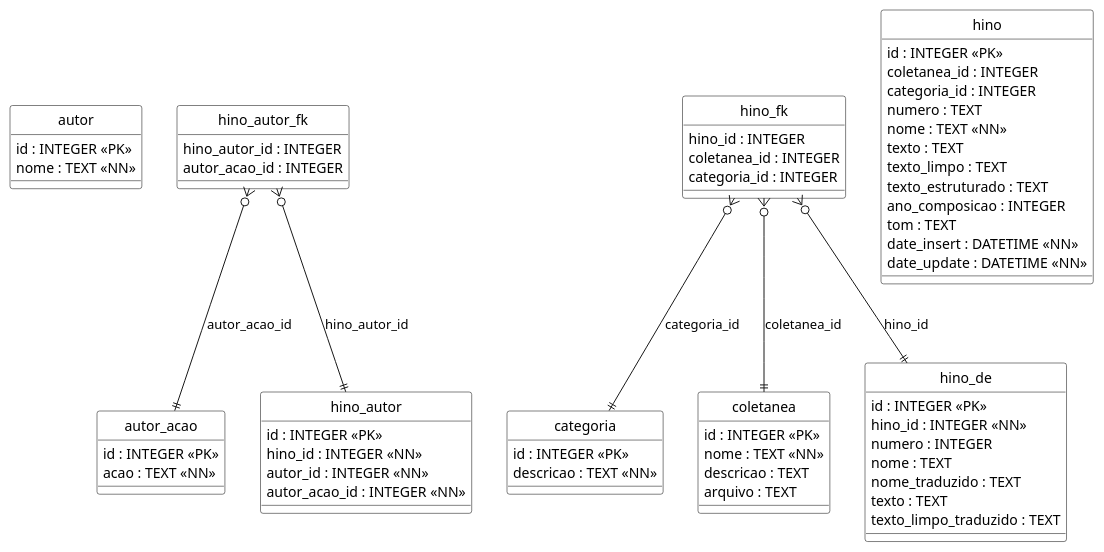
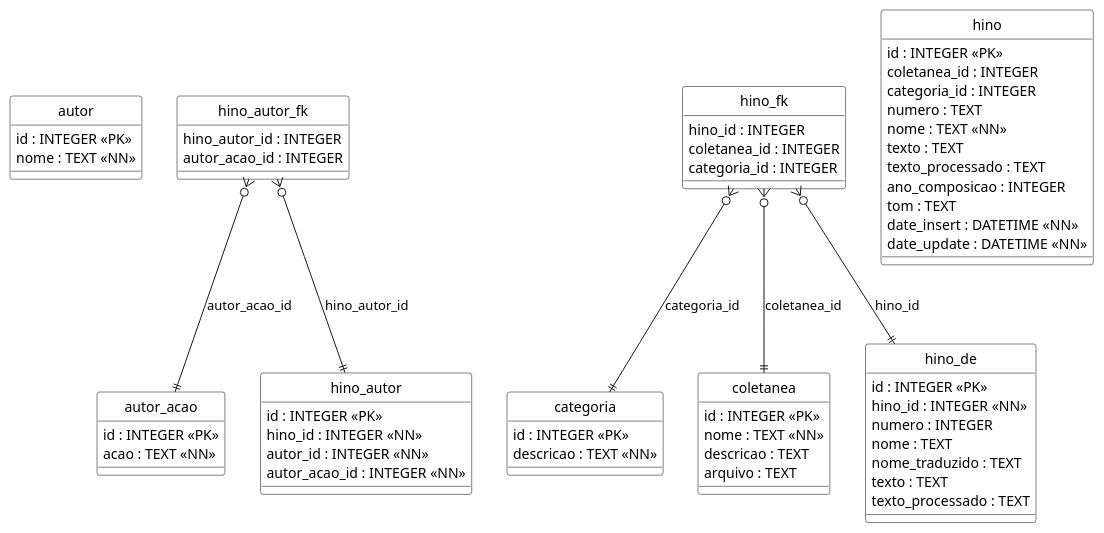
The diagram in database/schema/db-schema.puml (evaristocosta/hinos-db), drawn with PlantUML before and after one commit. The commit also changed 5 other files, not shown here.

Commit message:
update de schema e documentacao

```diff
--- a/database/schema/db-schema.puml
+++ b/database/schema/db-schema.puml
@@ -1,79 +1,78 @@
 @startuml db-schema
 hide circle
 skinparam class {
   BackgroundColor White
   BorderColor Black
 }
 
 class autor {
   id : INTEGER <<PK>>
   nome : TEXT <<NN>>
 }
 
 class autor_acao {
   id : INTEGER <<PK>>
   acao : TEXT <<NN>>
 }
 
 class categoria {
   id : INTEGER <<PK>>
   descricao : TEXT <<NN>>
 }
 
 class coletanea {
   id : INTEGER <<PK>>
   nome : TEXT <<NN>>
   descricao : TEXT
   arquivo : TEXT
 }
 
 class hino {
   id : INTEGER <<PK>>
   coletanea_id : INTEGER
   categoria_id : INTEGER
   numero : TEXT
   nome : TEXT <<NN>>
   texto : TEXT
-  texto_limpo : TEXT
-  texto_estruturado : TEXT
+  texto_processado : TEXT
   ano_composicao : INTEGER
   tom : TEXT
   date_insert : DATETIME <<NN>>
   date_update : DATETIME <<NN>>
 }
 
 class hino_autor {
   id : INTEGER <<PK>>
   hino_id : INTEGER <<NN>>
   autor_id : INTEGER <<NN>>
   autor_acao_id : INTEGER <<NN>>
 }
 
 class hino_autor_fk {
   hino_autor_id : INTEGER
   autor_acao_id : INTEGER
 }
 
 class hino_de {
   id : INTEGER <<PK>>
   hino_id : INTEGER <<NN>>
   numero : INTEGER
   nome : TEXT
   nome_traduzido : TEXT
   texto : TEXT
-  texto_limpo_traduzido : TEXT
+  texto_processado : TEXT
 }
 
 class hino_fk {
   hino_id : INTEGER
   coletanea_id : INTEGER
   categoria_id : INTEGER
 }
 
 hino_autor_fk }o--|| hino_autor : hino_autor_id
 hino_autor_fk }o--|| autor_acao : autor_acao_id
 hino_fk }o--|| categoria : categoria_id
 hino_fk }o--|| hino_de : hino_id
 hino_fk }o--|| coletanea : coletanea_id
 
 @enduml
```
